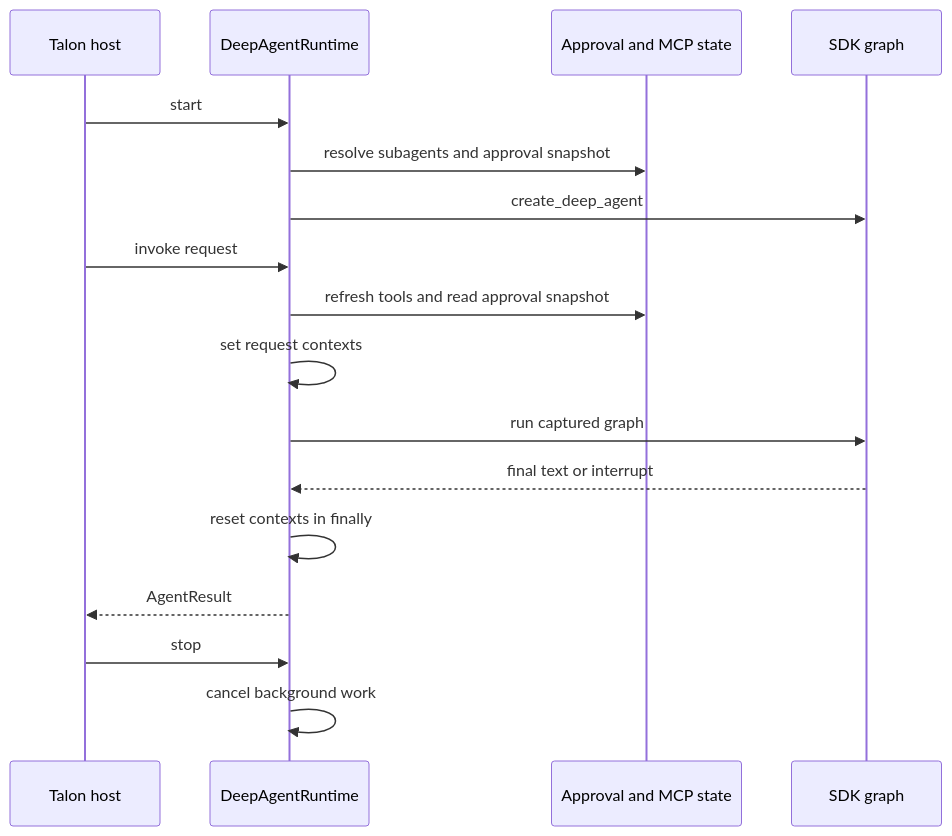
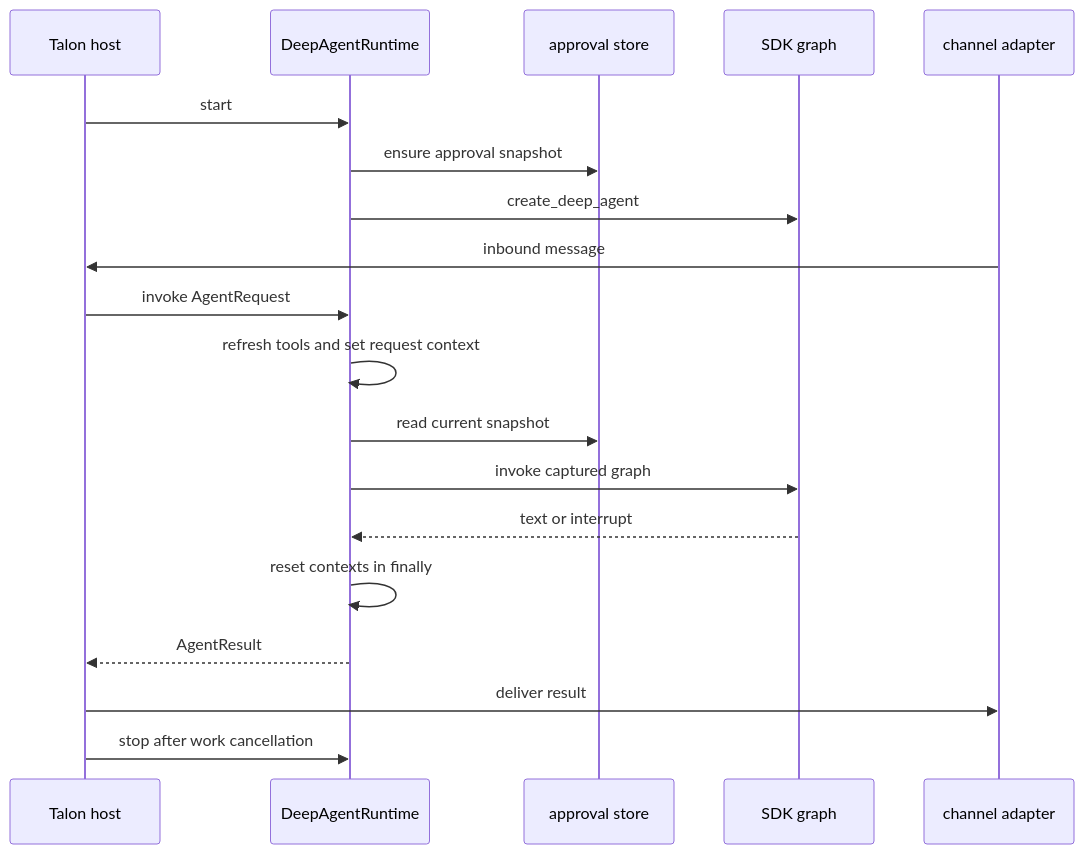
Before and after one commit to langchain-ai/deepagents: the second of 3 diagrams in openwiki/architecture/overview.md, drawn with Mermaid. The commit also changed other lines of this file and 16 other files, not shown here.

````diff
--- a/openwiki/architecture/overview.md
+++ b/openwiki/architecture/overview.md
@@ -146,19 +154,21 @@
 ```mermaid
 sequenceDiagram
   participant Host as Talon host
   participant Runtime as DeepAgentRuntime
-  participant Policy as Approval and MCP state
+  participant Policy as approval store
   participant Graph as SDK graph
+  participant Channel as channel adapter
   Host->>Runtime: start
-  Runtime->>Policy: resolve subagents and approval snapshot
+  Runtime->>Policy: ensure approval snapshot
   Runtime->>Graph: create_deep_agent
-  Host->>Runtime: invoke request
-  Runtime->>Policy: refresh tools and read approval snapshot
-  Runtime->>Runtime: set request contexts
-  Runtime->>Graph: run captured graph
-  Graph-->>Runtime: final text or interrupt
+  Channel->>Host: inbound message
+  Host->>Runtime: invoke AgentRequest
+  Runtime->>Runtime: refresh tools and set request context
+  Runtime->>Policy: read current snapshot
+  Runtime->>Graph: invoke captured graph
+  Graph-->>Runtime: text or interrupt
   Runtime->>Runtime: reset contexts in finally
   Runtime-->>Host: AgentResult
-  Host->>Runtime: stop
-  Runtime->>Runtime: cancel background work
+  Host->>Channel: deliver result
+  Host->>Runtime: stop after work cancellation
 ```
````
